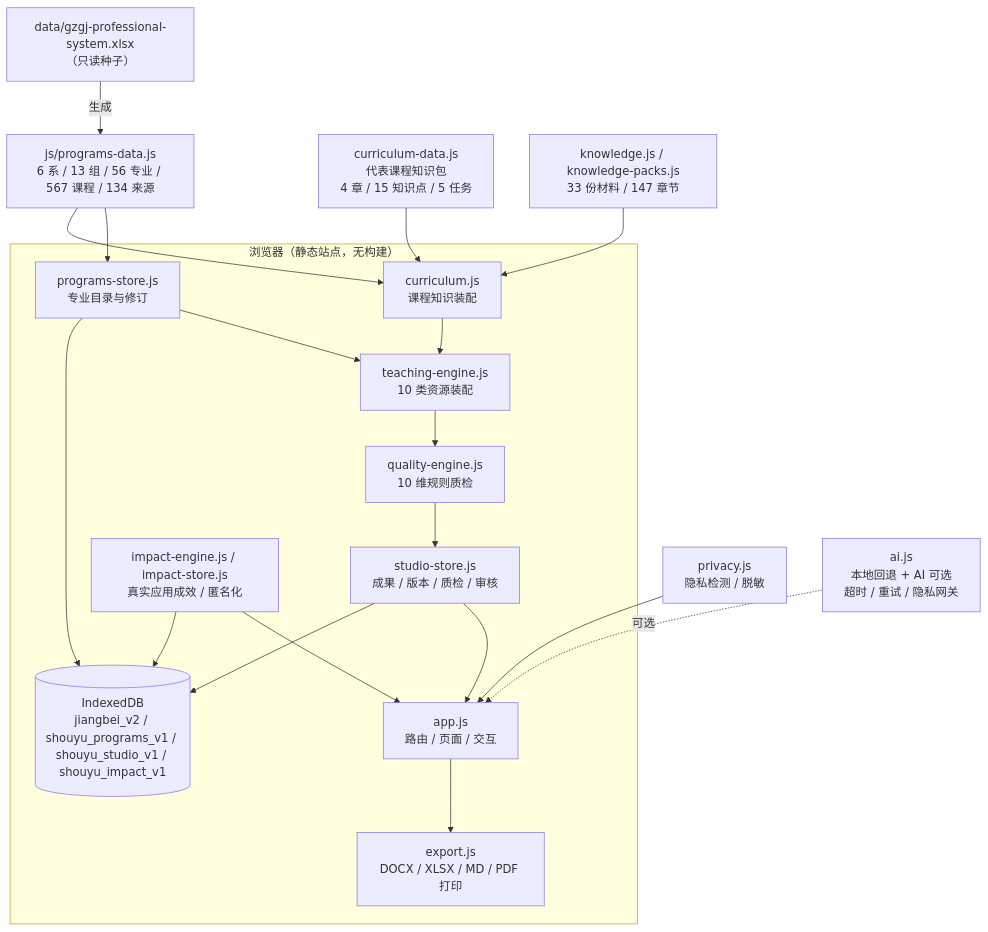
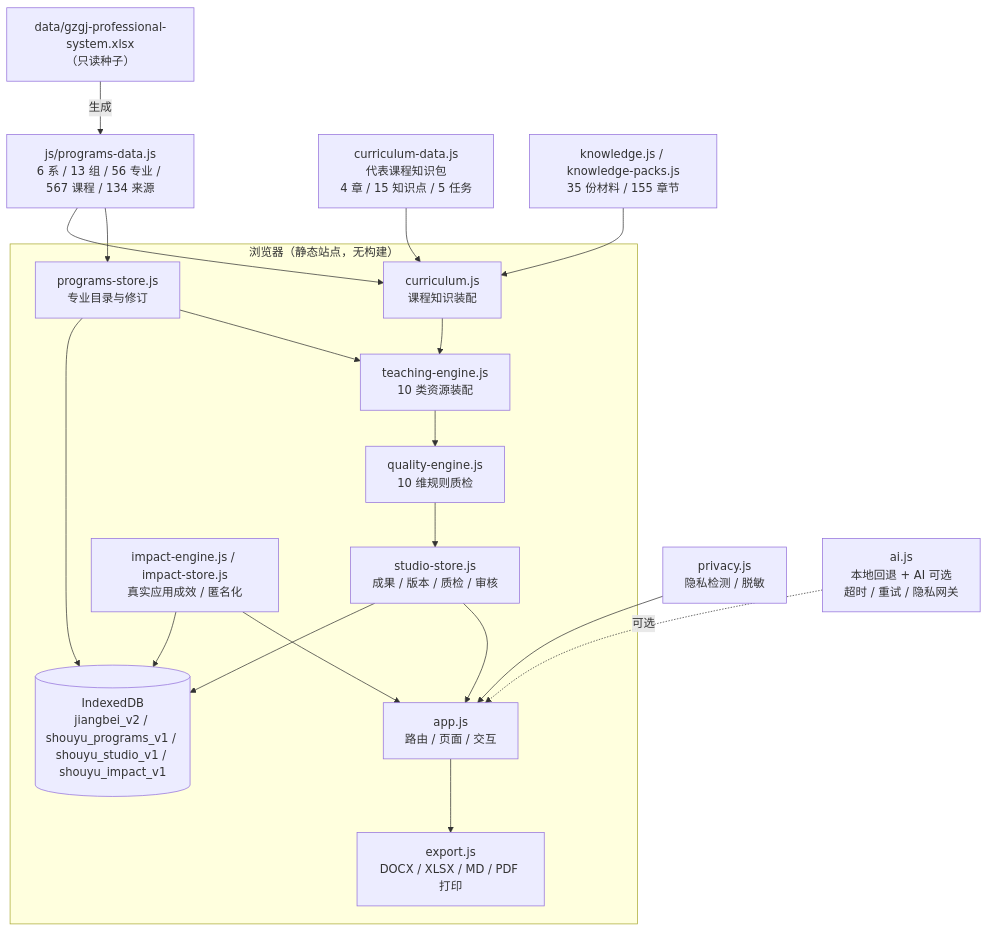
The diagram in docs/核心技术架构.md (htfyu/shouyu-teacher), drawn with Mermaid before and after one commit. The commit also changed 33 other files, not shown here.

````diff
--- a/docs/核心技术架构.md
+++ b/docs/核心技术架构.md
@@ -5,32 +5,32 @@
 ```mermaid
 flowchart TB
   subgraph Browser["浏览器（静态站点，无构建）"]
     UI["app.js<br/>路由 / 页面 / 交互"]
     Studio["teaching-engine.js<br/>10 类资源装配"]
     Curriculum["curriculum.js<br/>课程知识装配"]
     Quality["quality-engine.js<br/>10 维规则质检"]
     Programs["programs-store.js<br/>专业目录与修订"]
     StudioStore["studio-store.js<br/>成果 / 版本 / 质检 / 审核"]
     Impact["impact-engine.js / impact-store.js<br/>真实应用成效 / 匿名化"]
     DB[("IndexedDB<br/>jiangbei_v2 / shouyu_programs_v1 / shouyu_studio_v1 / shouyu_impact_v1")]
     Export["export.js<br/>DOCX / XLSX / MD / PDF 打印"]
   end
 
   Seed["data/gzgj-professional-system.xlsx<br/>（只读种子）"] -->|生成| Data["js/programs-data.js<br/>6 系 / 13 组 / 56 专业 / 567 课程 / 134 来源"]
   Data --> Programs
   Data --> Curriculum
   Pack["curriculum-data.js<br/>代表课程知识包<br/>4 章 / 15 知识点 / 5 任务"] --> Curriculum
   Curriculum --> Studio
   Programs --> Studio
   Studio --> Quality
   Quality --> StudioStore
   StudioStore --> UI
   Impact --> UI
   Programs --> DB
   StudioStore --> DB
   Impact --> DB
   UI --> Export
-  KB["knowledge.js / knowledge-packs.js<br/>33 份材料 / 147 章节"] --> Curriculum
+  KB["knowledge.js / knowledge-packs.js<br/>35 份材料 / 155 章节"] --> Curriculum
   Security["privacy.js<br/>隐私检测 / 脱敏"] --> UI
   AI["ai.js<br/>本地回退 + AI 可选<br/>超时 / 重试 / 隐私网关"] -.可选.-> UI
 ```
````
